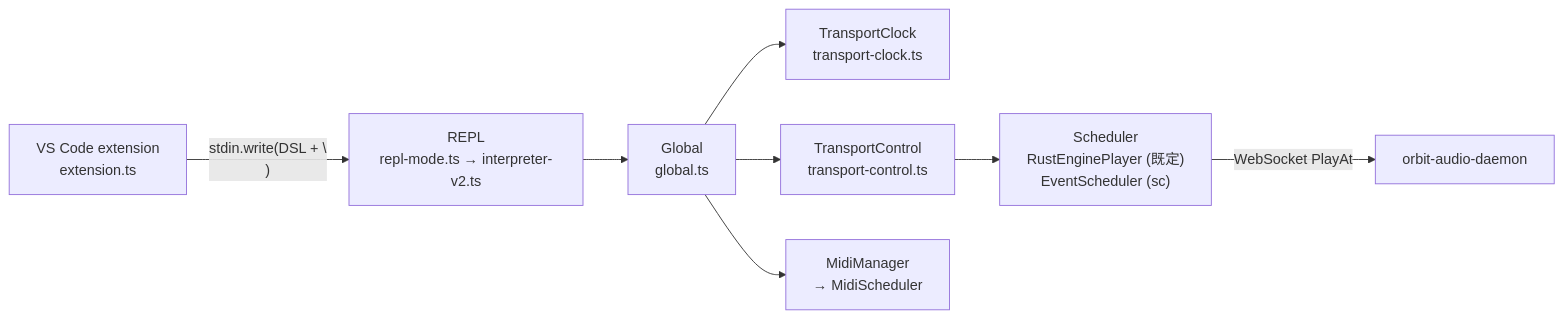
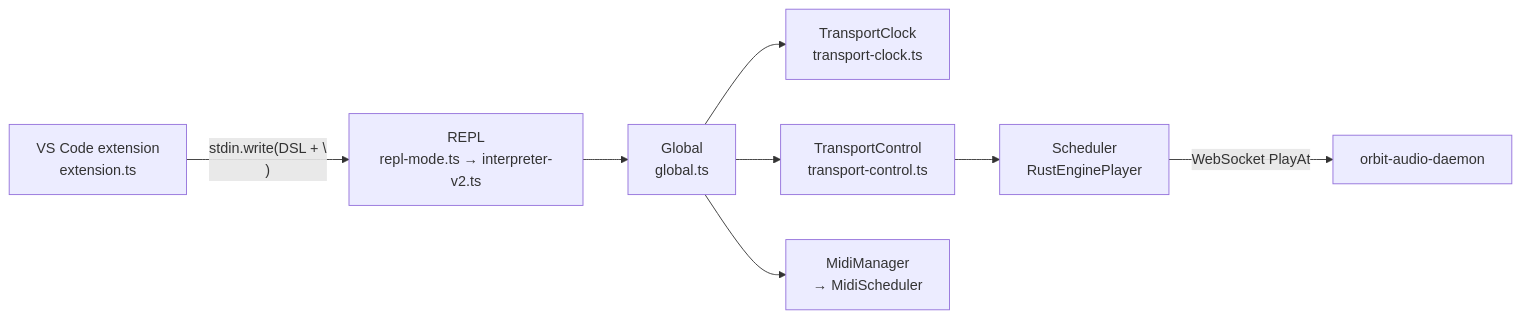
Before and after one commit to signalcompose/orbitscore: the first of 4 diagrams in sites/dev/scheduling/transport.md, drawn with Mermaid. The commit also changed other lines of this file and 23 other files, not shown here.

````diff
--- a/sites/dev/scheduling/transport.md
+++ b/sites/dev/scheduling/transport.md
@@ -39,10 +39,10 @@
 ```mermaid
 flowchart LR
   EXT["VS Code extension\nextension.ts"] -->|"stdin.write(DSL + \\n)"| REPL["REPL\nrepl-mode.ts → interpreter-v2.ts"]
   REPL --> GLOBAL["Global\nglobal.ts"]
   GLOBAL --> CLK["TransportClock\ntransport-clock.ts"]
   GLOBAL --> TC["TransportControl\ntransport-control.ts"]
   GLOBAL --> MIDI["MidiManager\n→ MidiScheduler"]
-  TC --> SCHED["Scheduler\nRustEnginePlayer (既定)\nEventScheduler (sc)"]
+  TC --> SCHED["Scheduler\nRustEnginePlayer"]
   SCHED -->|"WebSocket PlayAt"| D["orbit-audio-daemon"]
 ```
````
